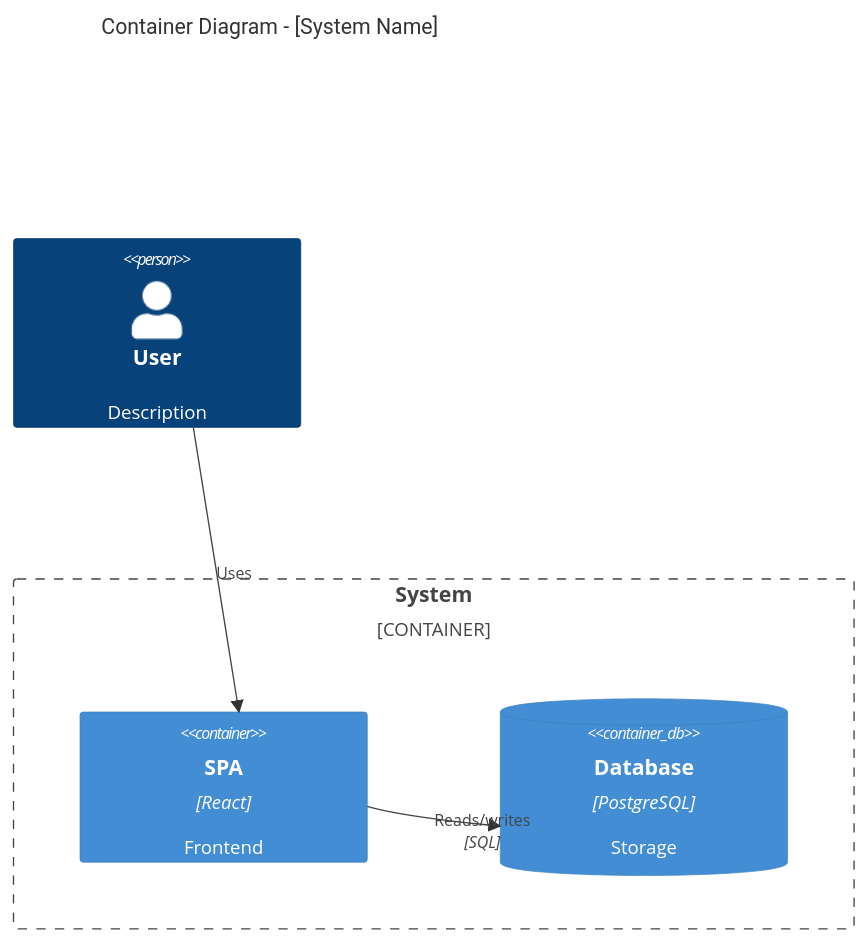
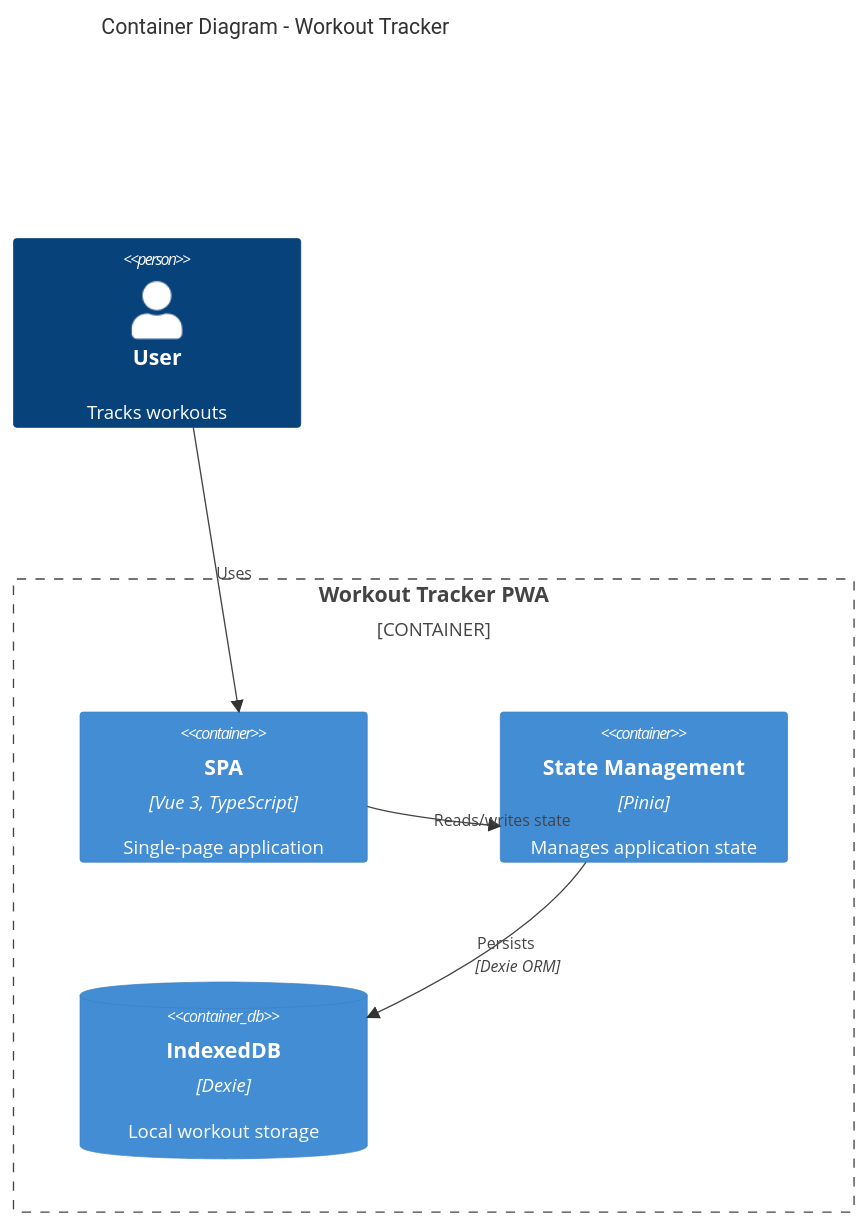
One commit to dsissoko/oneticket-skills changed the second of 8 diagrams in .apm/skills/oneticket-c4/SKILL.md. Above: the diagram before and after it, drawn with Mermaid. The commit also changed other lines of this file and 1 other file, not shown here.

````diff
--- a/.apm/skills/oneticket-c4/SKILL.md
+++ b/.apm/skills/oneticket-c4/SKILL.md
@@ -53,11 +56,16 @@
 ```mermaid
 C4Container
-  title Container Diagram - [System Name]
-  Person(user, "User", "Description")
-  Container_Boundary(app, "System") {
-    Container(spa, "SPA", "React", "Frontend")
-    ContainerDb(db, "Database", "PostgreSQL", "Storage")
+  title Container Diagram - Workout Tracker
+
+  Person(user, "User", "Tracks workouts")
+
+  Container_Boundary(app, "Workout Tracker PWA") {
+    Container(spa, "SPA", "Vue 3, TypeScript", "Single-page application")
+    Container(pinia, "State Management", "Pinia", "Manages application state")
+    ContainerDb(indexeddb, "IndexedDB", "Dexie", "Local workout storage")
   }
+
   Rel(user, spa, "Uses")
-  Rel(spa, db, "Reads/writes", "SQL")
+  Rel(spa, pinia, "Reads/writes state")
+  Rel(pinia, indexeddb, "Persists", "Dexie ORM")
 ```
````
